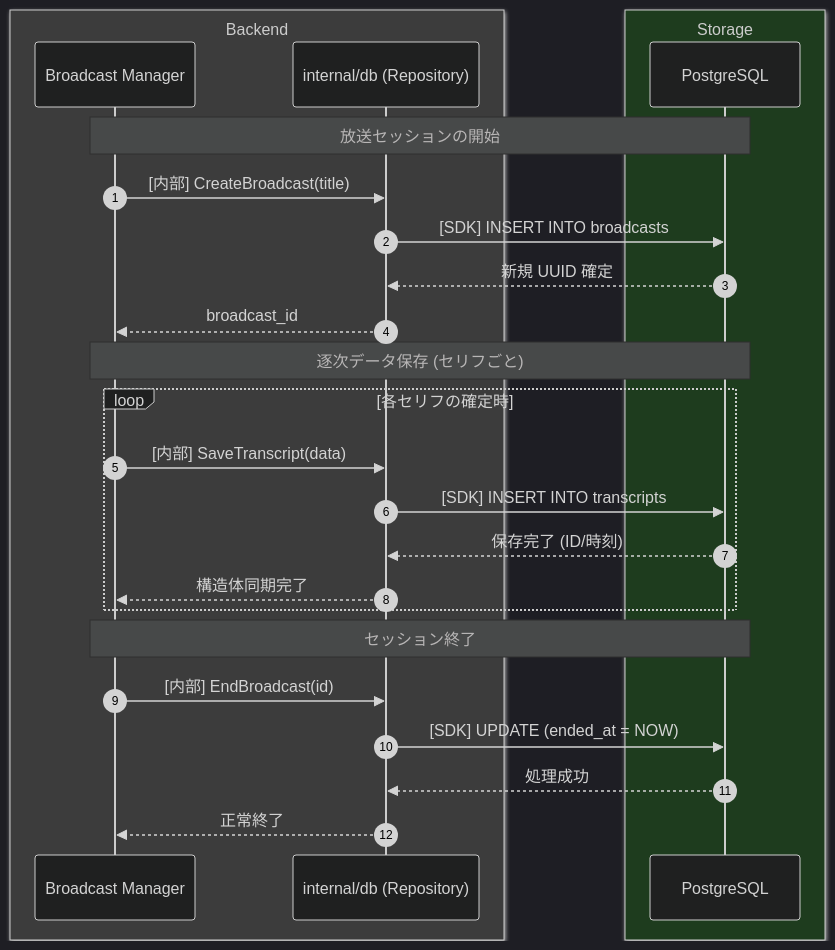
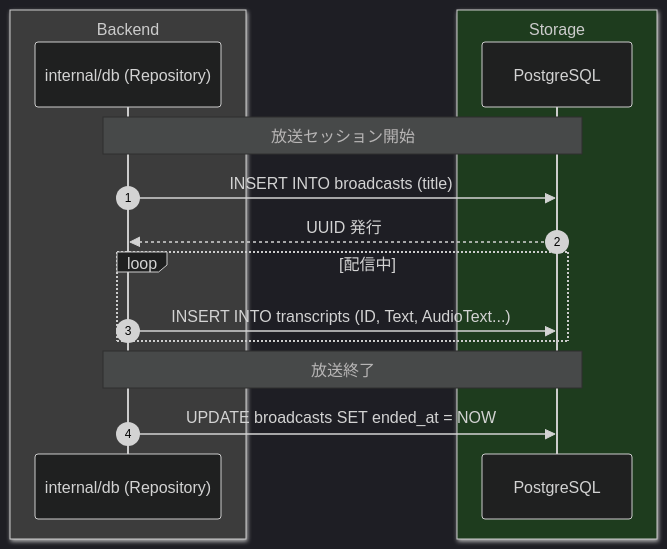
The fourth of 4 diagrams in docs/system_flow.md (yuma25/AI-Radio-Room), drawn with Mermaid before and after one commit. The commit also changed other lines of this file, not shown here.

Commit message:
docs: update system flow diagrams to reflect multi-turn and studio monitor UI

````diff
--- a/docs/system_flow.md
+++ b/docs/system_flow.md
@@ -88,34 +127,24 @@
 ```mermaid
 %%{init: {'theme': 'dark', 'themeVariables': { 'primaryColor': '#333', 'primaryTextColor': '#fff', 'primaryBorderColor': '#777', 'lineColor': '#aaa', 'secondaryColor': '#444', 'tertiaryColor': '#222'}}}%%
 sequenceDiagram
     autonumber
 
     box rgb(60, 60, 60) Backend
-        participant App as Broadcast Manager
         participant Repo as internal/db (Repository)
     end
 
     box rgb(30, 60, 30) Storage
         participant DB as PostgreSQL
     end
 
-    Note over App, DB: 放送セッションの開始
-    App->>Repo: [内部] CreateBroadcast(title)
-    Repo->>DB: [SDK] INSERT INTO broadcasts
-    DB-->>Repo: 新規 UUID 確定
-    Repo-->>App: broadcast_id
+    Note over Repo, DB: 放送セッション開始
+    Repo->>DB: INSERT INTO broadcasts (title)
+    DB-->>Repo: UUID 発行
 
-    Note over App, DB: 逐次データ保存 (セリフごと)
-    loop 各セリフの確定時
-        App->>Repo: [内部] SaveTranscript(data)
-        Repo->>DB: [SDK] INSERT INTO transcripts
-        DB-->>Repo: 保存完了 (ID/時刻)
-        Repo-->>App: 構造体同期完了
+    loop 配信中
+        Repo->>DB: INSERT INTO transcripts (ID, Text, AudioText...)
     end
 
-    Note over App, DB: セッション終了
-    App->>Repo: [内部] EndBroadcast(id)
-    Repo->>DB: [SDK] UPDATE (ended_at = NOW)
-    DB-->>Repo: 処理成功
-    Repo-->>App: 正常終了
+    Note over Repo, DB: 放送終了
+    Repo->>DB: UPDATE broadcasts SET ended_at = NOW
 ```
````
